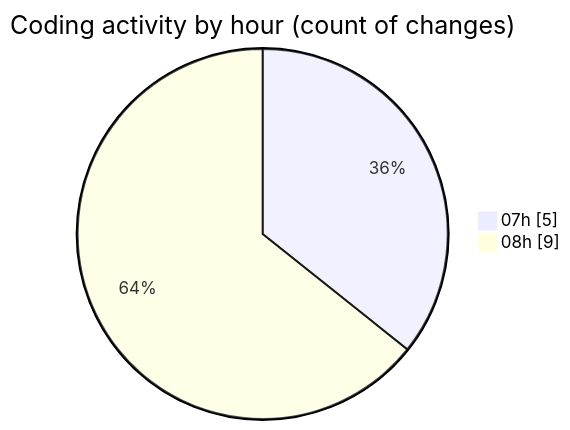
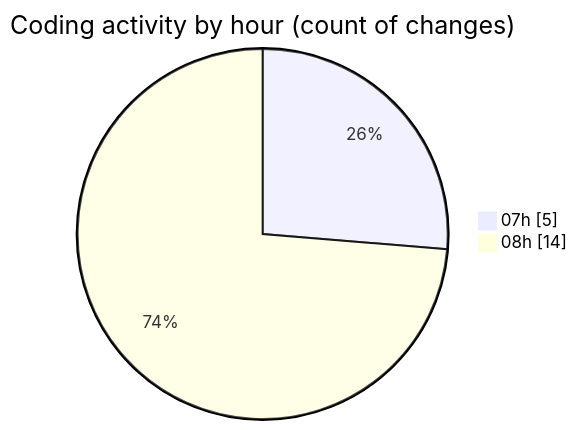
Before and after one commit to robertbonfada/code-tracking: the second of 2 diagrams in 2025-02-07/mbc-web/README.md, drawn with Mermaid. The commit also changed other lines of this file and 1 other file, not shown here.

````diff
--- a/2025-02-07/mbc-web/README.md
+++ b/2025-02-07/mbc-web/README.md
@@ -30,6 +31,6 @@
 ```mermaid
 pie showData
 title Coding activity by hour (count of changes)
 "07h" : 5
-"08h" : 9
+"08h" : 14
 ```
````
